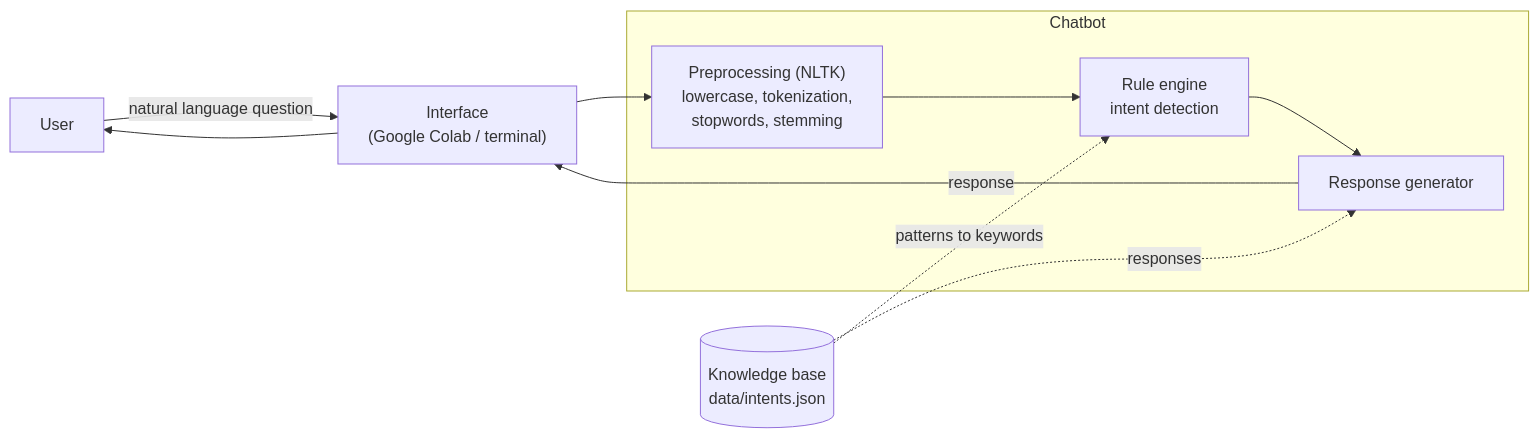
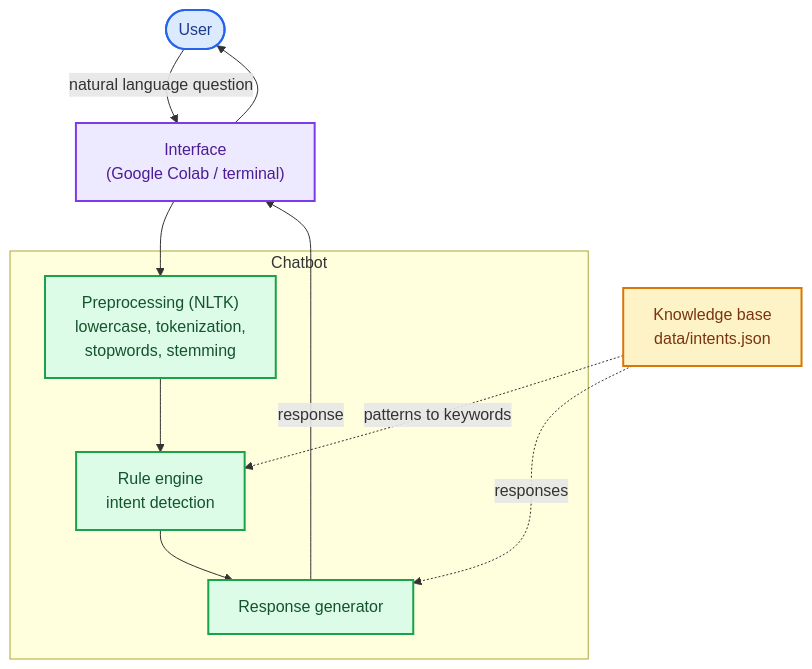
The first of 2 diagrams in README.md (Japh-ai/HPC-chatbot-nltk), drawn with Mermaid before and after one commit. The commit also changed other lines of this file and 2 other files, not shown here.

Commit message:
diagram fix

````diff
--- a/README.md
+++ b/README.md
@@ -27,20 +27,31 @@
 ```mermaid
-flowchart LR
-    user["User"]
+
+flowchart TB
+    user(["User"])
     ui["Interface<br/>(Google Colab / terminal)"]
-    kb[("Knowledge base<br/>data/intents.json")]
+    kb["Knowledge base<br/>data/intents.json"]
 
     subgraph bot["Chatbot"]
         pre["Preprocessing (NLTK)<br/>lowercase, tokenization,<br/>stopwords, stemming"]
         engine["Rule engine<br/>intent detection"]
         gen["Response generator"]
         pre --> engine --> gen
     end
 
     user -->|"natural language question"| ui
     ui --> pre
     kb -.->|"patterns to keywords"| engine
     kb -.->|"responses"| gen
     gen -->|"response"| ui
     ui --> user
+
+    classDef person fill:#DBEAFE,stroke:#2563EB,stroke-width:2px,color:#1E3A8A
+    classDef interface fill:#EDE9FE,stroke:#7C3AED,stroke-width:2px,color:#4C1D95
+    classDef module fill:#DCFCE7,stroke:#16A34A,stroke-width:2px,color:#14532D
+    classDef data fill:#FEF3C7,stroke:#D97706,stroke-width:2px,color:#78350F
+
+    class user person
+    class ui interface
+    class pre,engine,gen module
+    class kb data
 ```
````
